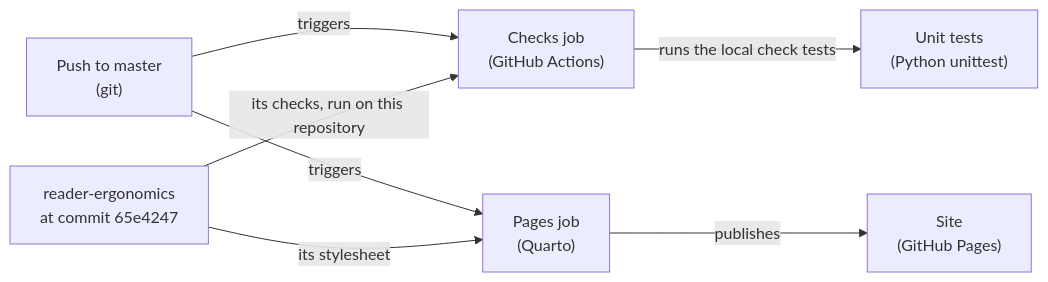
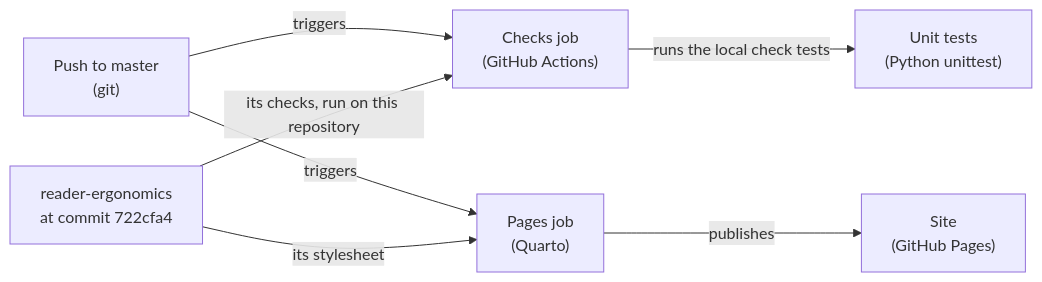
One commit to Tewf/reader-ergonomics-software-design changed the diagram in shapes/system-diagram.md. Above: the diagram before and after it, drawn with Mermaid. The commit also changed other lines of this file and 28 other files, not shown here.

First line of the commit message:
Pin reader-ergonomics v1.24.3

````diff
--- a/shapes/system-diagram.md
+++ b/shapes/system-diagram.md
@@ -80,9 +80,9 @@
 ```mermaid
 flowchart LR
     push["Push to master<br/>(git)"] -->|"triggers"| checks["Checks job<br/>(GitHub Actions)"]
-    standard["reader-ergonomics<br/>at commit 65e4247"] -->|"its checks, run on this repository"| checks
+    standard["reader-ergonomics<br/>at commit 722cfa4"] -->|"its checks, run on this repository"| checks
     checks -->|"runs the local check tests"| tests["Unit tests<br/>(Python unittest)"]
     push -->|"triggers"| pages["Pages job<br/>(Quarto)"]
     standard -->|"its stylesheet"| pages
     pages -->|"publishes"| site["Site<br/>(GitHub Pages)"]
 ```
````
